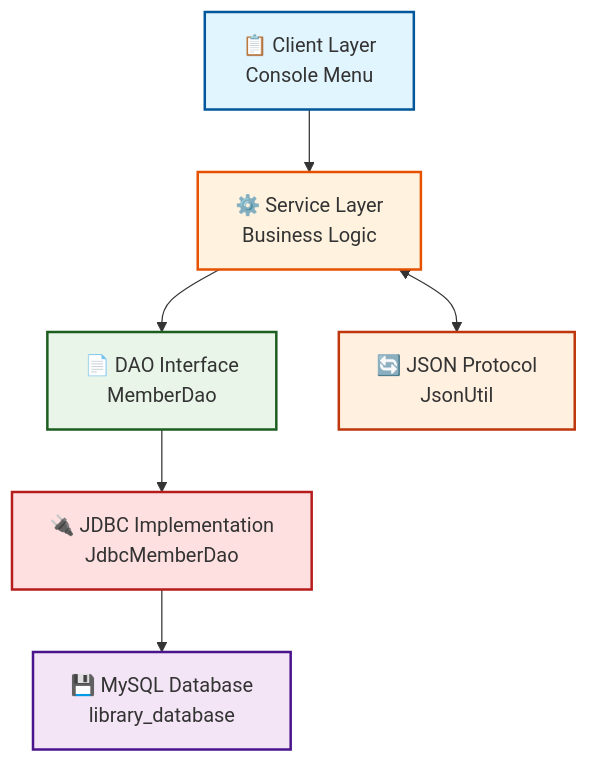
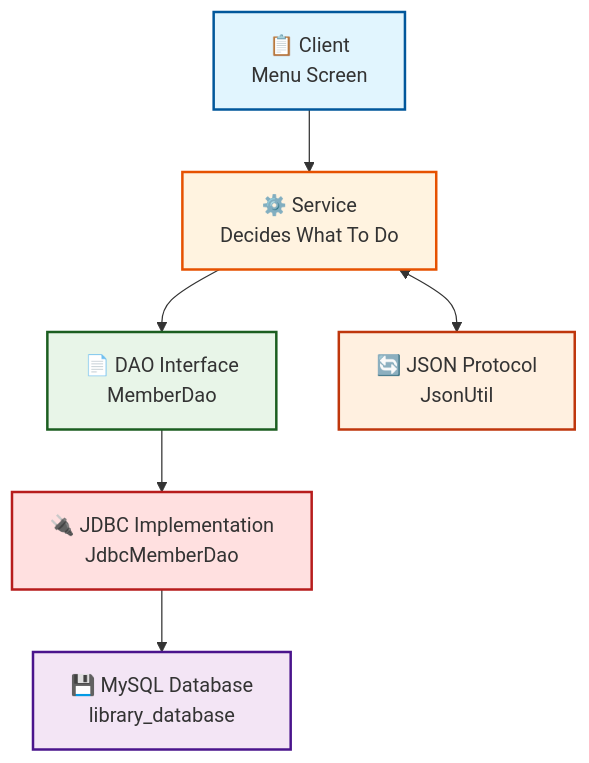
One commit to AliJay2025/CA2-Library-DAO changed the diagram in README.md. Above: the diagram before and after it, drawn with Mermaid.

Commit message:
Creating README to show what the project is about

````diff
--- a/README.md
+++ b/README.md
@@ -11,15 +11,15 @@
 ```mermaid
 graph TD
-    Client["📋 Client Layer<br/>Console Menu"] --> Service["⚙️ Service Layer<br/>Business Logic"]
+    Client["📋 Client <br/> Menu Screen"] --> Service["⚙️ Service <br/>Decides What To Do"]
     Service --> DAO["📄 DAO Interface<br/>MemberDao"]
     DAO --> JDBC["🔌 JDBC Implementation<br/>JdbcMemberDao"]
     JDBC --> DB["💾 MySQL Database<br/>library_database"]
     Service <--> JSON["🔄 JSON Protocol<br/>JsonUtil"]
 
     style Client fill:#e1f5fe,stroke:#01579b,stroke-width:2px
     style Service fill:#fff3e0,stroke:#e65100,stroke-width:2px
     style DAO fill:#e8f5e8,stroke:#1b5e20,stroke-width:2px
     style JDBC fill:#ffe0e0,stroke:#b71c1c,stroke-width:2px
     style DB fill:#f3e5f5,stroke:#4a148c,stroke-width:2px
     style JSON fill:#fff0e0,stroke:#bf360c,stroke-width:2px
 ```
````
